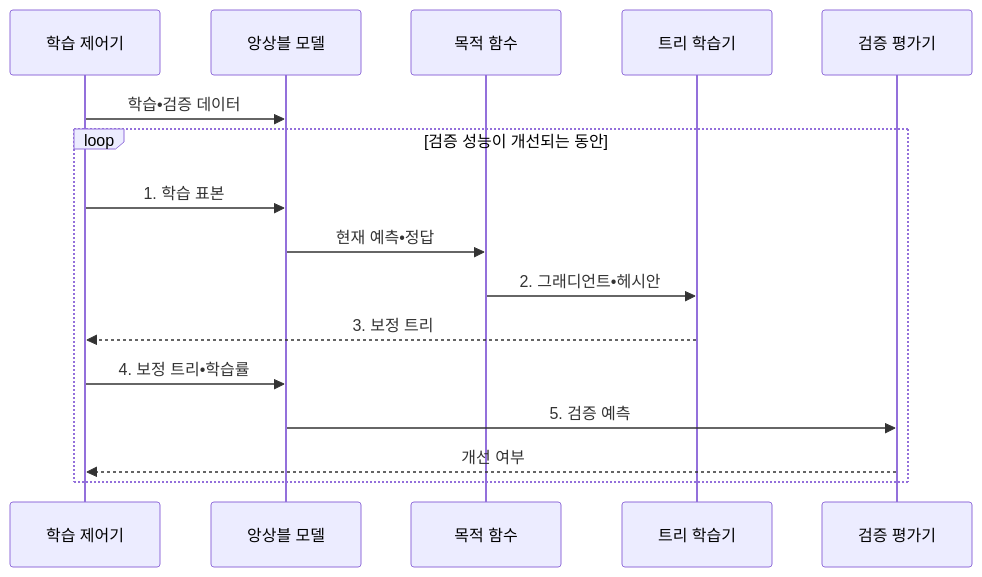
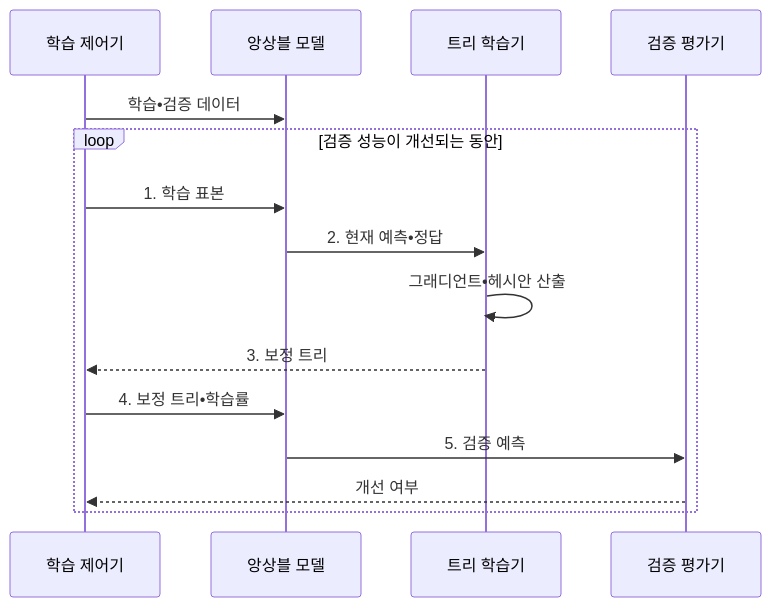
The second of 2 diagrams in src/content/docs/notes/01-basic-theory/053_xgboost_lightgbm.md (agnusdei1207/knowledge-base), drawn with Mermaid before and after one commit. The commit also changed other lines of this file and 4 other files, not shown here.

Commit message:
Simplify statistical learning flows

````diff
--- a/src/content/docs/notes/01-basic-theory/053_xgboost_lightgbm.md
+++ b/src/content/docs/notes/01-basic-theory/053_xgboost_lightgbm.md
@@ -94,18 +94,17 @@
 ```mermaid
 sequenceDiagram
     participant C as 학습 제어기
     participant M as 앙상블 모델
-    participant O as 목적 함수
     participant T as 트리 학습기
     participant V as 검증 평가기
     C->>M: 학습•검증 데이터
     loop 검증 성능이 개선되는 동안
         C->>M: 1. 학습 표본
-        M->>O: 현재 예측•정답
-        O->>T: 2. 그래디언트•헤시안
+        M->>T: 2. 현재 예측•정답
+        T->>T: 그래디언트•헤시안 산출
         T-->>C: 3. 보정 트리
         C->>M: 4. 보정 트리•학습률
         M->>V: 5. 검증 예측
         V-->>C: 개선 여부
     end
 ```
````
